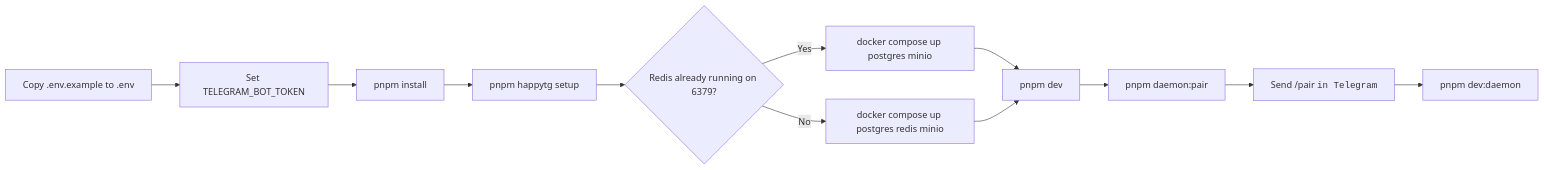
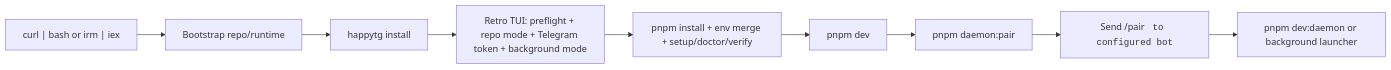
Before and after one commit to GermanMik/HappyTG: the diagram in README.md, drawn with Mermaid. The commit also changed other lines of this file and 48 other files, not shown here.

````diff
--- a/README.md
+++ b/README.md
@@ -9,14 +9,11 @@
 ```mermaid
 flowchart LR
-    A["Copy .env.example to .env"] --> B["Set TELEGRAM_BOT_TOKEN"]
-    B --> C["pnpm install"]
-    C --> D["pnpm happytg setup"]
-    D --> E{"Redis already running on 6379?"}
-    E -->|Yes| F["docker compose up postgres minio"]
-    E -->|No| G["docker compose up postgres redis minio"]
-    F --> H["pnpm dev"]
-    G --> H
-    H --> I["pnpm daemon:pair"]
-    I --> J["Send /pair <CODE> in Telegram"]
-    J --> K["pnpm dev:daemon"]
+    A["curl | bash or irm | iex"] --> B["Bootstrap repo/runtime"]
+    B --> C["happytg install"]
+    C --> D["Retro TUI: preflight + repo mode + Telegram token + background mode"]
+    D --> E["pnpm install + env merge + setup/doctor/verify"]
+    E --> F["pnpm dev"]
+    F --> G["pnpm daemon:pair"]
+    G --> H["Send /pair <CODE> to configured bot"]
+    H --> I["pnpm dev:daemon or background launcher"]
 ```
````
